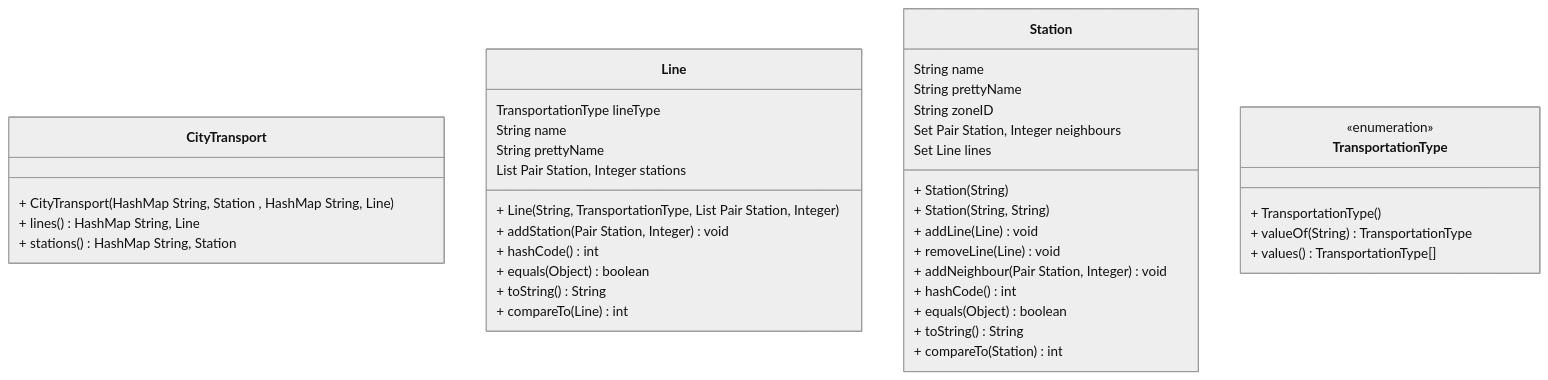
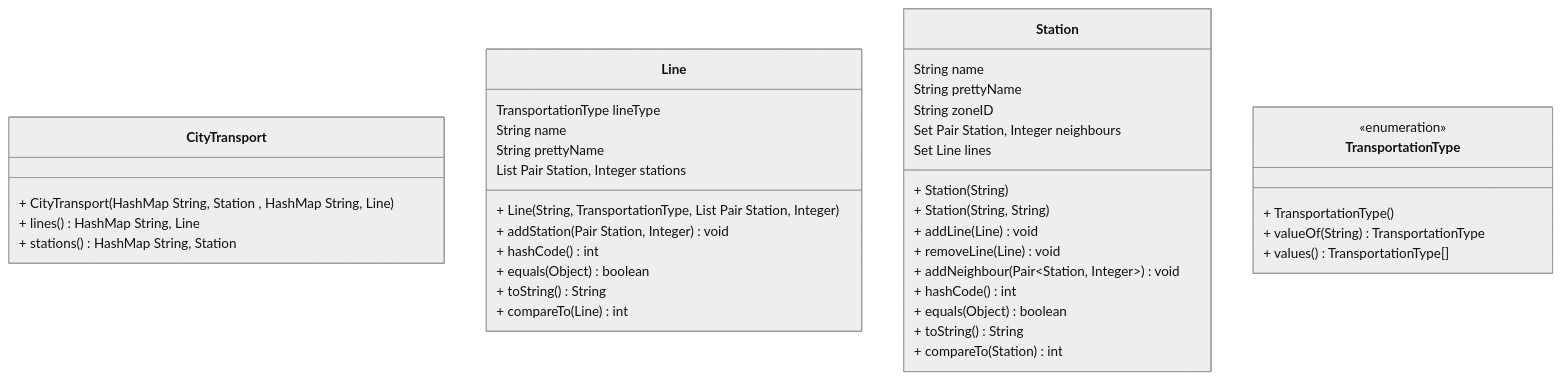
The second of 7 diagrams in README.md (TUL2223ALG/2223alg2-semestralproject-daniel.adamek), drawn with Mermaid (neutral theme) before and after one commit.

````diff
--- a/README.md
+++ b/README.md
@@ -117,43 +117,43 @@
 ```mermaid
 classDiagram
 direction BT
 class CityTransport {
   + CityTransport(HashMap String, Station , HashMap String, Line ) 
   + lines() HashMap String, Line 
   + stations() HashMap String, Station 
 }
 class Line {
   + Line(String, TransportationType, List Pair Station, Integer)
   + addStation(Pair Station, Integer ) void 
   + hashCode() int
   + equals(Object) boolean
   + toString() String
   + compareTo(Line) int
    TransportationType lineType
    String name
    String prettyName
    List Pair Station, Integer   stations
 }
 class Station {
   + Station(String) 
   + Station(String, String) 
   + addLine(Line) void
   + removeLine(Line) void
-  + addNeighbour(Pair Station, Integer ) void
+  + addNeighbour(Pair~Station, Integer~) void
   + hashCode() int
   + equals(Object) boolean
   + toString() String
   + compareTo(Station) int
    String name
    String prettyName
    String zoneID
    Set Pair Station, Integer   neighbours
    Set Line  lines
 }
 class TransportationType {
 <<enumeration>>
   + TransportationType() 
   + valueOf(String) TransportationType
   + values() TransportationType[]
 }
 ```
````
